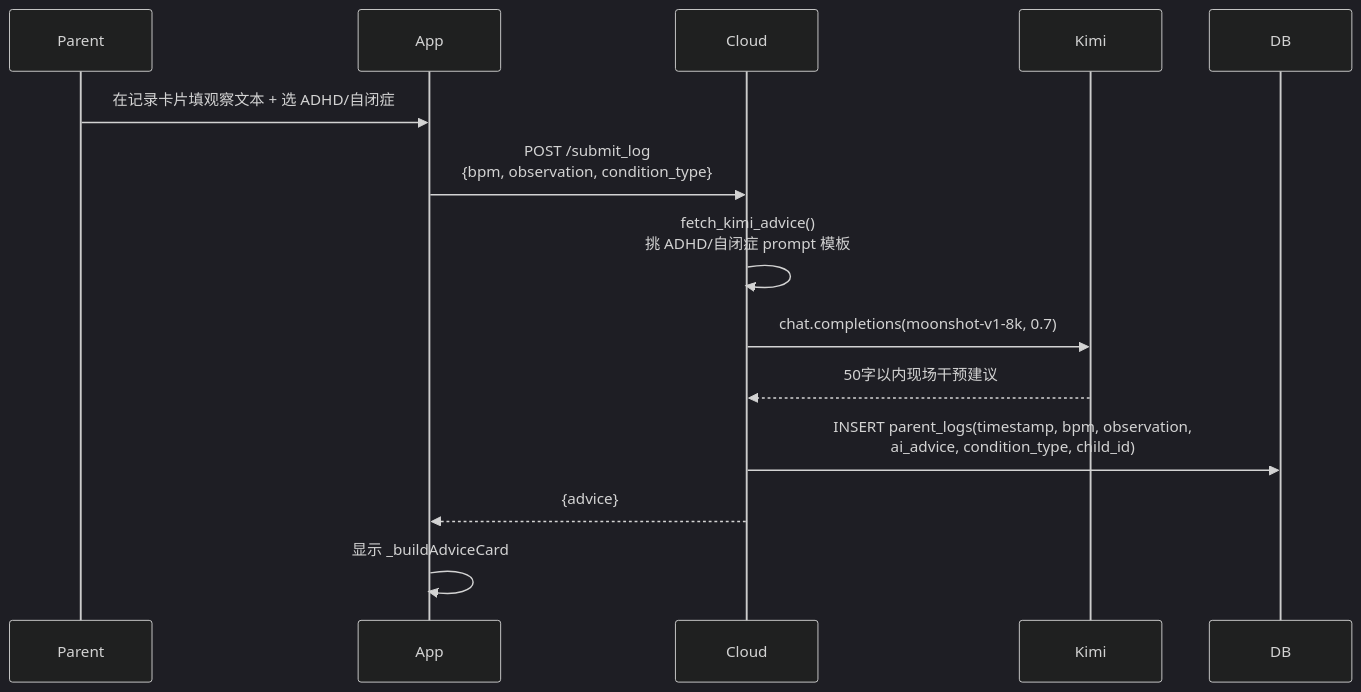
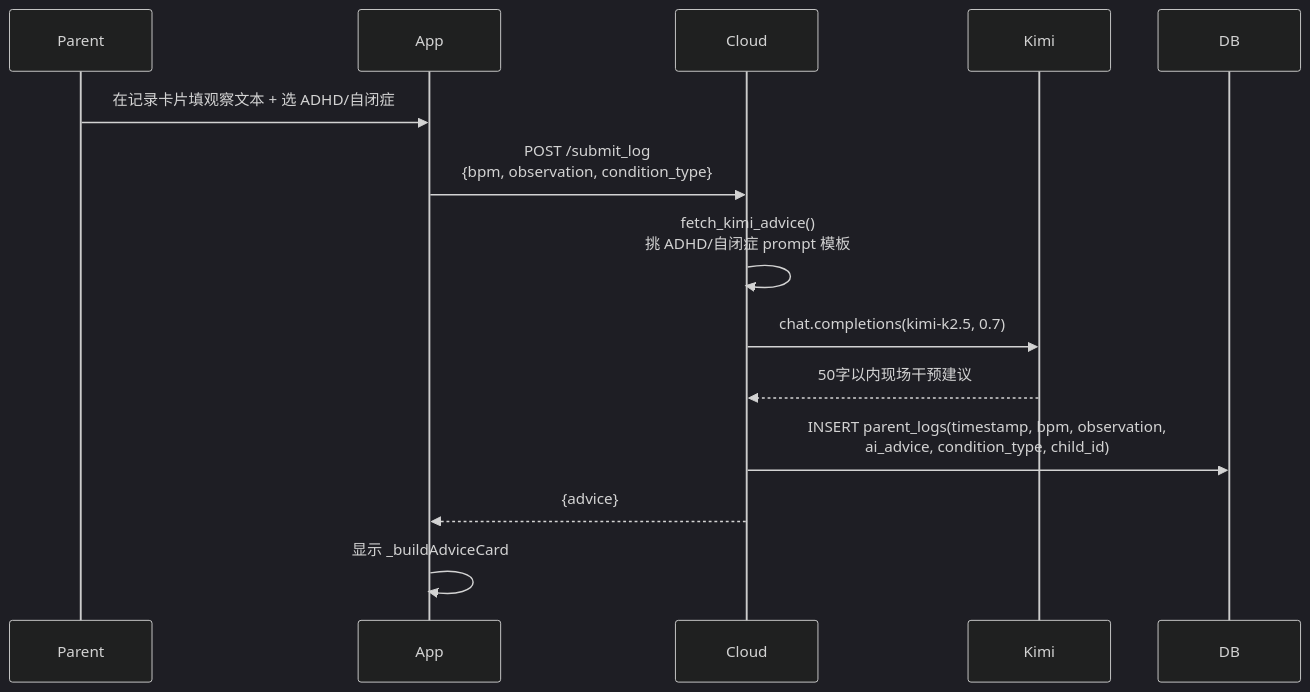
Before and after one commit to ch308/ADHD_Monitor: the fifth of 14 diagrams in README.md, drawn with Mermaid (dark theme). The commit also changed other lines of this file and 3 other files, not shown here.

````diff
--- a/README.md
+++ b/README.md
@@ -218,11 +218,11 @@
 ```mermaid
 sequenceDiagram
     Parent->>App: 在记录卡片填观察文本 + 选 ADHD/自闭症
     App->>Cloud: POST /submit_log<br/>{bpm, observation, condition_type}
     Cloud->>Cloud: fetch_kimi_advice()<br/>挑 ADHD/自闭症 prompt 模板
-    Cloud->>Kimi: chat.completions(moonshot-v1-8k, 0.7)
+    Cloud->>Kimi: chat.completions(kimi-k2.5, 0.7)
     Kimi-->>Cloud: 50字以内现场干预建议
     Cloud->>DB: INSERT parent_logs(timestamp, bpm, observation,<br/>ai_advice, condition_type, child_id)
     Cloud-->>App: {advice}
     App->>App: 显示 _buildAdviceCard
 ```
````
